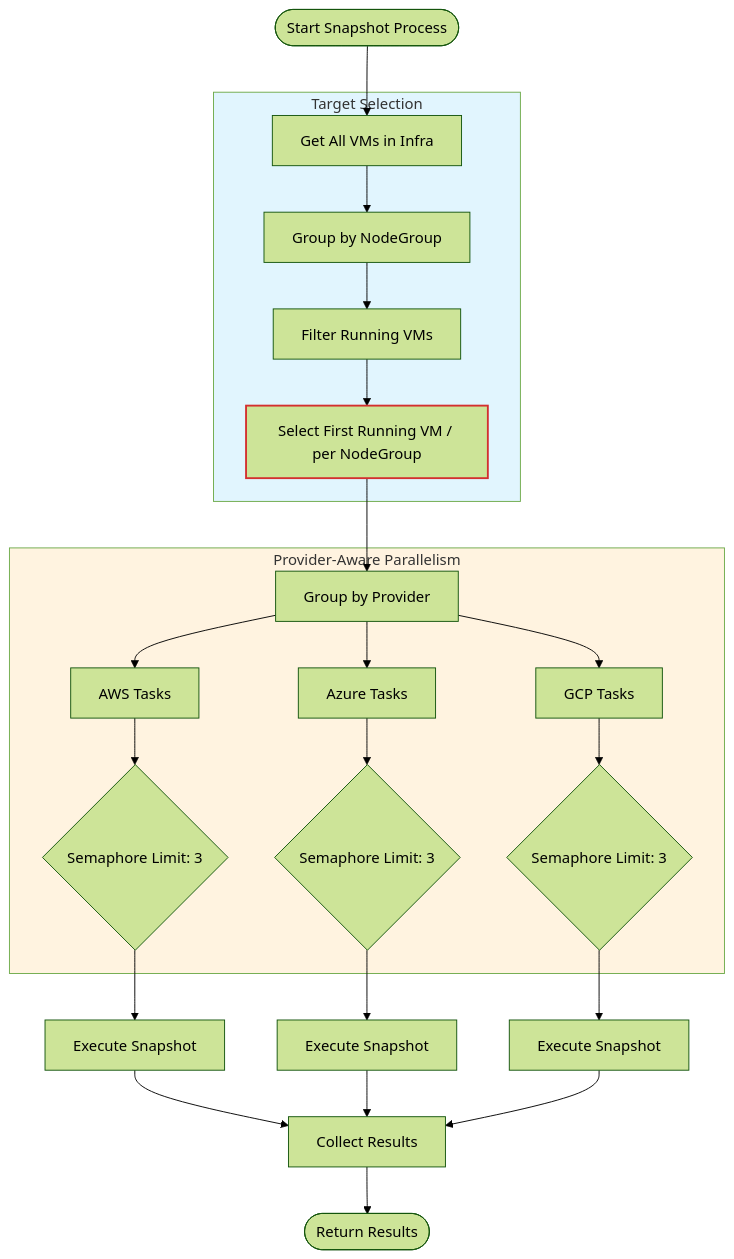
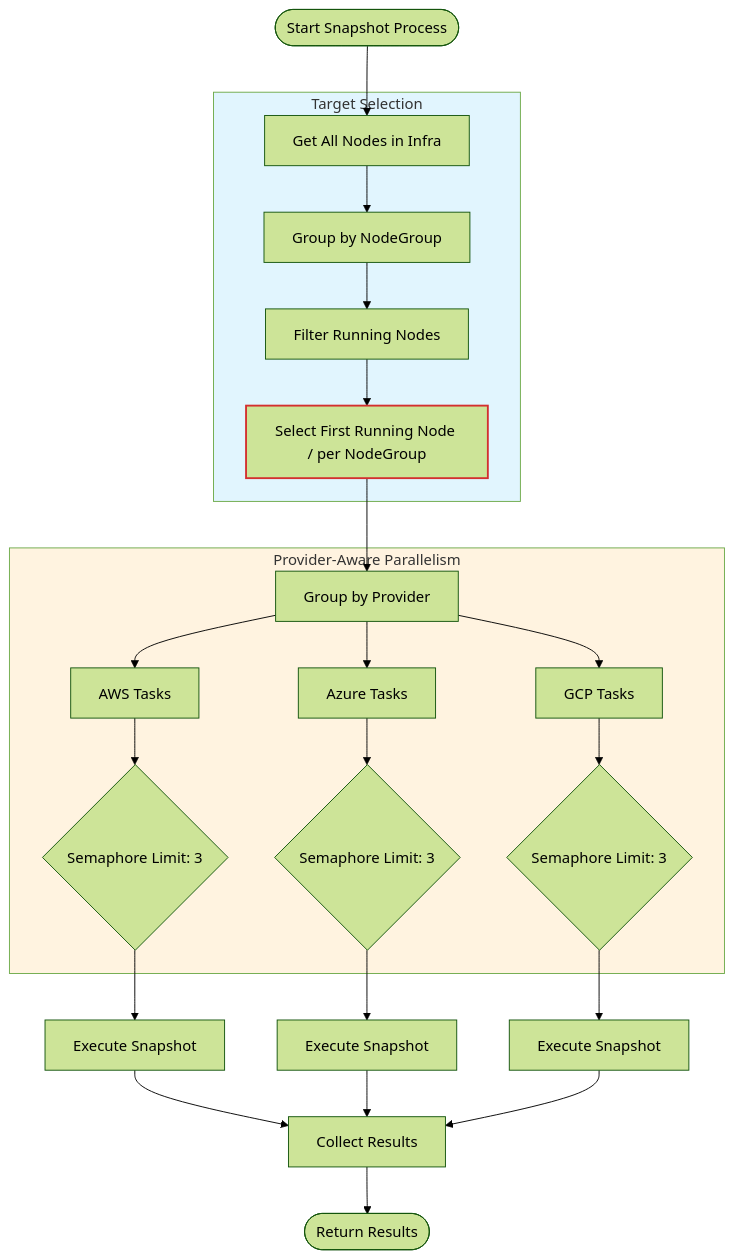
One commit to cloud-barista/cb-tumblebug changed the second of 4 diagrams in docs/feature_guide/cloud-agnostic-image.md. Above: the diagram before and after it, drawn with Mermaid (forest theme). The commit also changed other lines of this file and 81 other files, not shown here.

````diff
--- a/docs/feature_guide/cloud-agnostic-image.md
+++ b/docs/feature_guide/cloud-agnostic-image.md
@@ -128,36 +128,36 @@
 ```mermaid
 flowchart TD
-    Start([Start Snapshot Process]) --> GetVMs[Get All VMs in Infra]
+    Start([Start Snapshot Process]) --> GetVMs[Get All Nodes in Infra]
     
     subgraph Selection [Target Selection]
         GetVMs --> GroupSG[Group by NodeGroup]
-        GroupSG --> FilterRunning[Filter Running VMs]
-        FilterRunning --> SelectOne[Select First Running VM / per NodeGroup]
+        GroupSG --> FilterRunning[Filter Running Nodes]
+        FilterRunning --> SelectOne[Select First Running Node / per NodeGroup]
     end
     
     subgraph Concurrency [Provider-Aware Parallelism]
         SelectOne --> GroupProv[Group by Provider]
         
         GroupProv --> AWS[AWS Tasks]
         GroupProv --> Azure[Azure Tasks]
         GroupProv --> GCP[GCP Tasks]
         
         AWS --> SemAWS{Semaphore Limit: 3}
         Azure --> SemAzure{Semaphore Limit: 3}
         GCP --> SemGCP{Semaphore Limit: 3}
     end
     
     SemAWS --> ExecAWS[Execute Snapshot]
     SemAzure --> ExecAzure[Execute Snapshot]
     SemGCP --> ExecGCP[Execute Snapshot]
     
     ExecAWS --> Collect[Collect Results]
     ExecAzure --> Collect
     ExecGCP --> Collect
     
     Collect --> End([Return Results])
     
     style Selection fill:#e1f5fe
     style Concurrency fill:#fff3e0
     style SelectOne stroke:#d32f2f,stroke-width:2px
 ```
````
